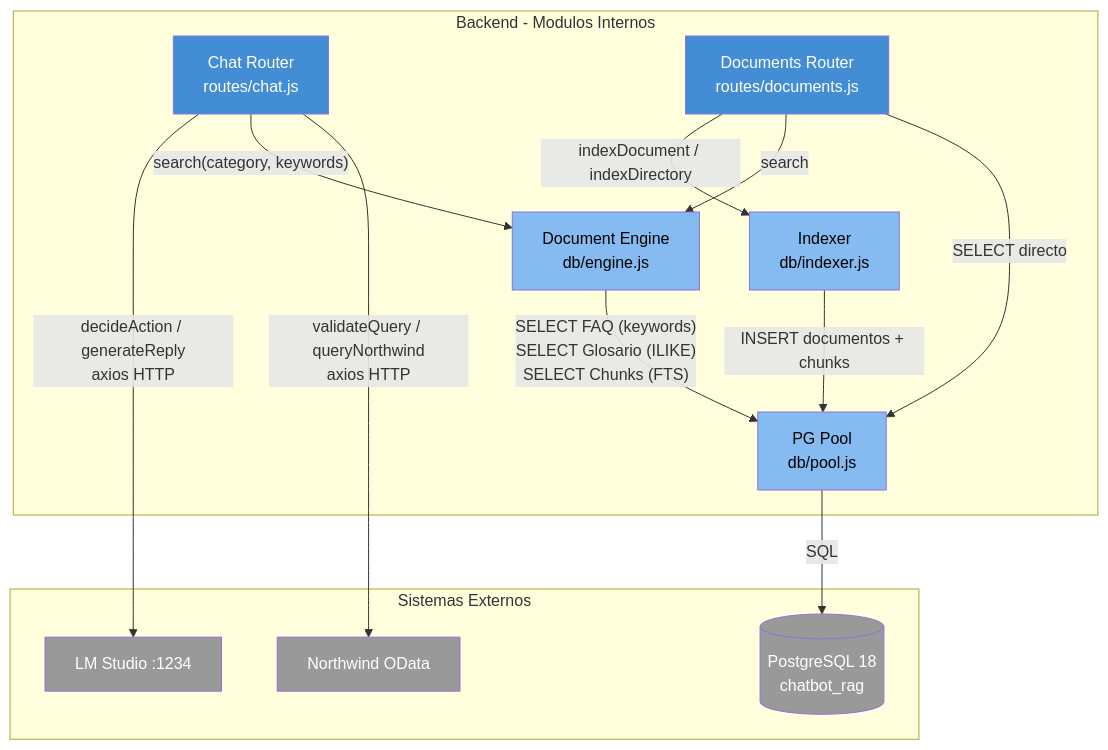
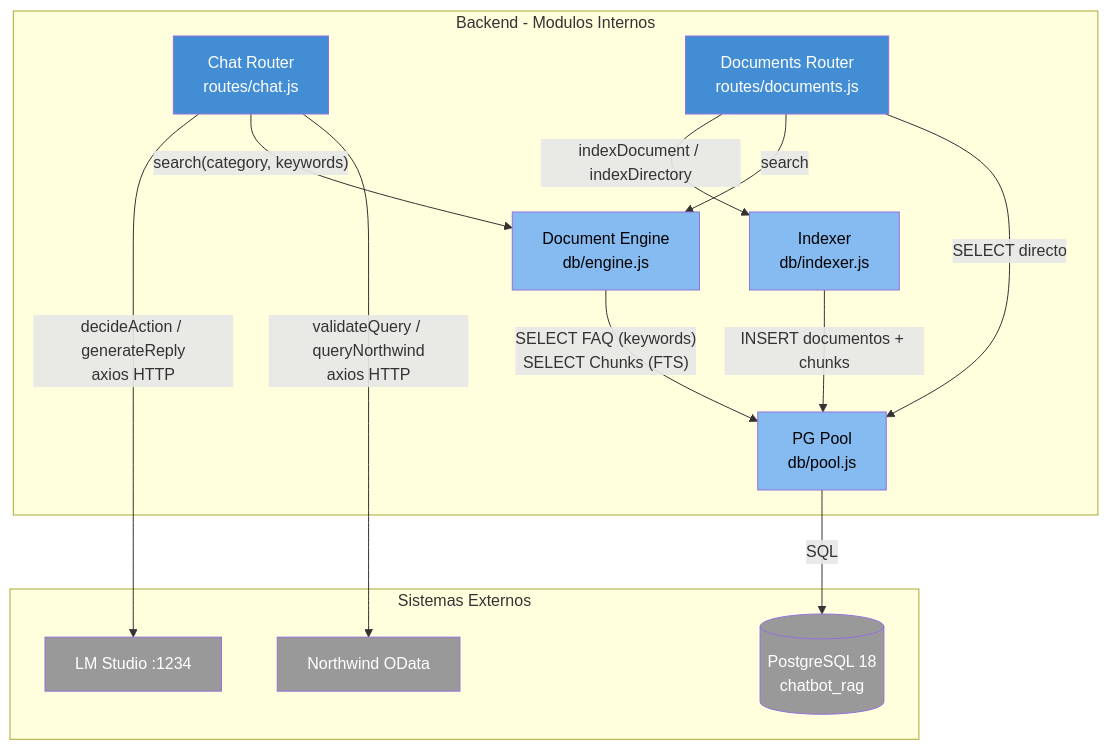
One commit to horangelmillan/chatbot-ia-local changed the diagram in docs/architecture/components.md. Above: the diagram before and after it, drawn with Mermaid. The commit also changed other lines of this file and 33 other files, not shown here.

````diff
--- a/docs/architecture/components.md
+++ b/docs/architecture/components.md
@@ -14,35 +14,35 @@
 ```mermaid
 graph TB
     subgraph "Backend - Modulos Internos"
         CR["Chat Router<br/>routes/chat.js"]
         DR["Documents Router<br/>routes/documents.js"]
         DE["Document Engine<br/>db/engine.js"]
         IX["Indexer<br/>db/indexer.js"]
         PL["PG Pool<br/>db/pool.js"]
     end
 
     subgraph "Sistemas Externos"
         LLM["LM Studio :1234"]
         PG[("PostgreSQL 18<br/>chatbot_rag")]
         NW["Northwind OData"]
     end
 
     CR -->|"decideAction / generateReply<br/>axios HTTP"| LLM
     CR -->|"search(category, keywords)"| DE
     CR -->|"validateQuery / queryNorthwind<br/>axios HTTP"| NW
     DR -->|"indexDocument / indexDirectory"| IX
     DR -->|"search"| DE
     DR -->|"SELECT directo"| PL
     IX -->|"INSERT documentos + chunks"| PL
-    DE -->|"SELECT FAQ (keywords)<br/>SELECT Glosario (ILIKE)<br/>SELECT Chunks (FTS)"| PL
+    DE -->|"SELECT FAQ (keywords)<br/>SELECT Chunks (FTS)"| PL
     PL -->|"SQL"| PG
 
     style CR fill:#438dd5,color:#fff
     style DR fill:#438dd5,color:#fff
     style DE fill:#85bbf0,color:#000
     style IX fill:#85bbf0,color:#000
     style PL fill:#85bbf0,color:#000
     style LLM fill:#999999,color:#fff
     style NW fill:#999999,color:#fff
     style PG fill:#999999,color:#fff
 ```
````
